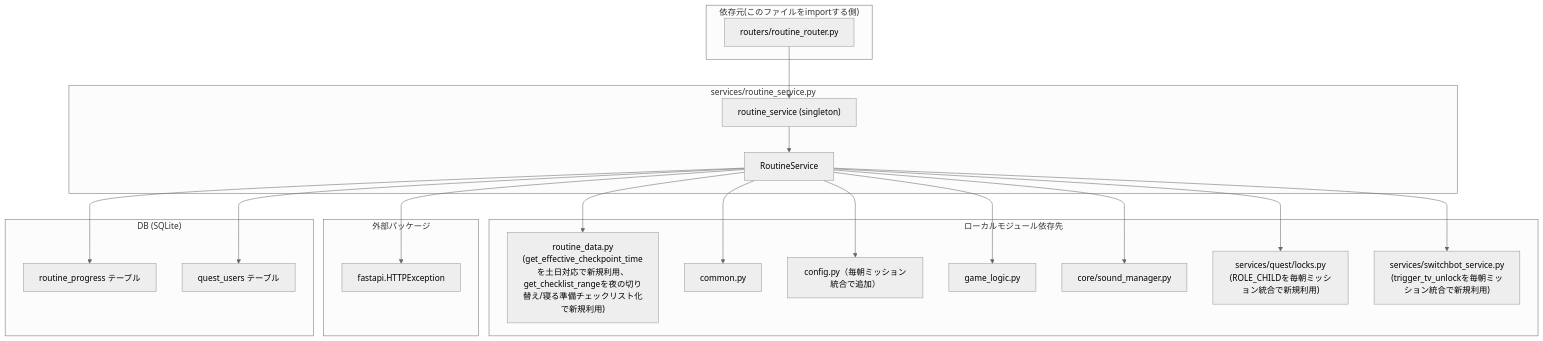
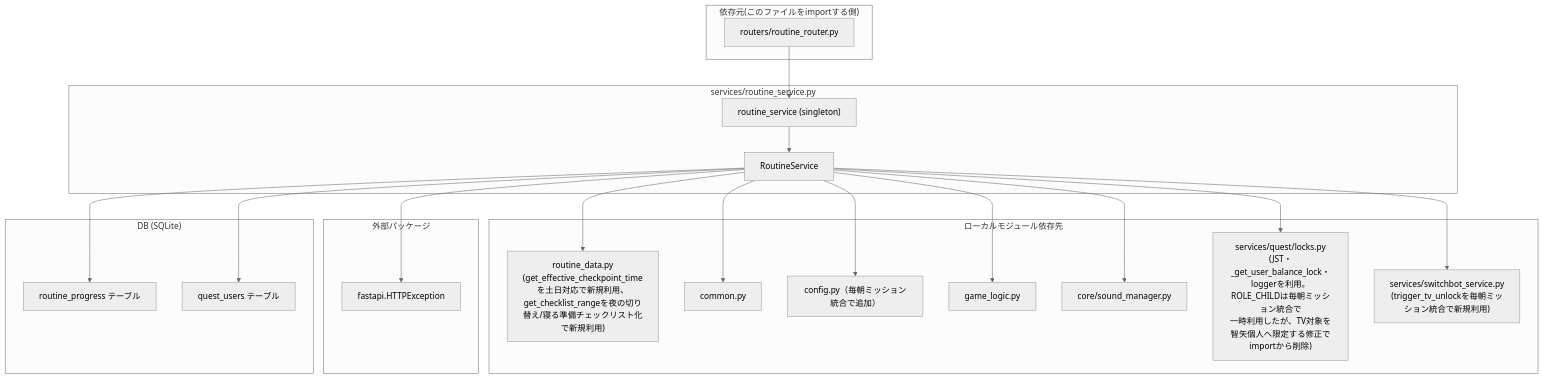
Before and after one commit to mmtigers/my_python_project: the third of 3 diagrams in docs/specifications/MY_HOME_SYSTEM/routine_service.md, drawn with Mermaid (neutral theme). The commit also changed other lines of this file and 2 other files, not shown here.

````diff
--- a/docs/specifications/MY_HOME_SYSTEM/routine_service.md
+++ b/docs/specifications/MY_HOME_SYSTEM/routine_service.md
@@ -600,48 +623,49 @@
 ```mermaid
 graph TD
     subgraph "services/routine_service.py"
         RoutineService
         routine_service_singleton["routine_service (singleton)"]
     end
 
     subgraph "ローカルモジュール依存先"
         routine_data["routine_data.py
 (get_effective_checkpoint_timeを土日対応で新規利用、
 get_checklist_rangeを夜の切り替え/寝る準備チェックリスト化で新規利用)"]
         common_mod["common.py"]
         config_mod["config.py（毎朝ミッション統合で追加）"]
         game_logic_mod["game_logic.py"]
         sound_manager_mod["core/sound_manager.py"]
         quest_locks["services/quest/locks.py
-(ROLE_CHILDを毎朝ミッション統合で新規利用)"]
+(JST・_get_user_balance_lock・loggerを利用。ROLE_CHILDは毎朝ミッション統合で
+一時利用したが、TV対象を智矢個人へ限定する修正でimportから削除)"]
         switchbot_mod["services/switchbot_service.py
 (trigger_tv_unlockを毎朝ミッション統合で新規利用)"]
     end
 
     subgraph "外部パッケージ"
         fastapi_exc["fastapi.HTTPException"]
     end
 
     subgraph "DB (SQLite)"
         routine_progress_table["routine_progress テーブル"]
         quest_users_table["quest_users テーブル"]
     end
 
     subgraph "依存元(このファイルをimportする側)"
         routine_router["routers/routine_router.py"]
     end
 
     RoutineService --> routine_data
     RoutineService --> common_mod
     RoutineService --> config_mod
     RoutineService --> game_logic_mod
     RoutineService --> sound_manager_mod
     RoutineService --> quest_locks
     RoutineService --> switchbot_mod
     RoutineService --> fastapi_exc
     RoutineService --> routine_progress_table
     RoutineService --> quest_users_table
     routine_service_singleton --> RoutineService
 
     routine_router --> routine_service_singleton
 ```
````
